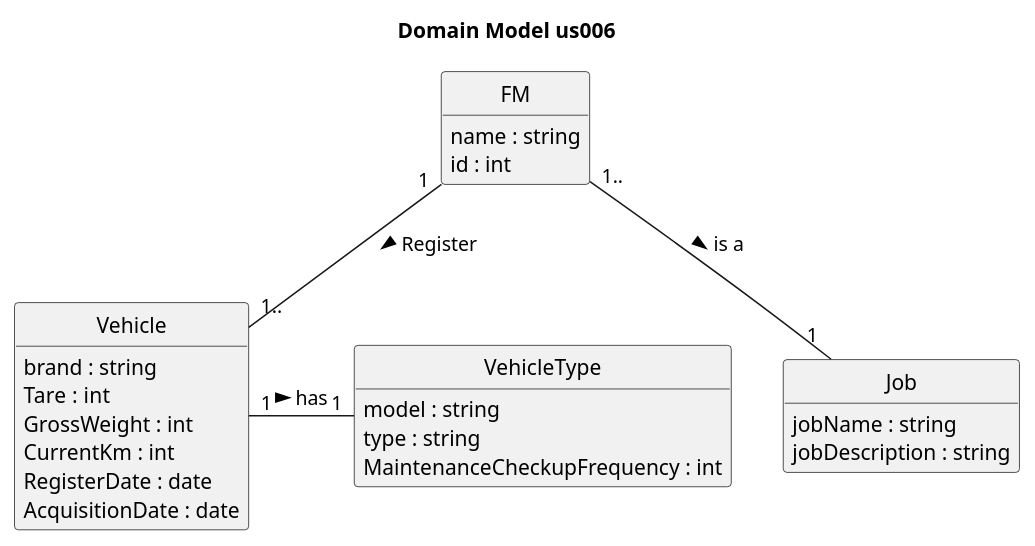
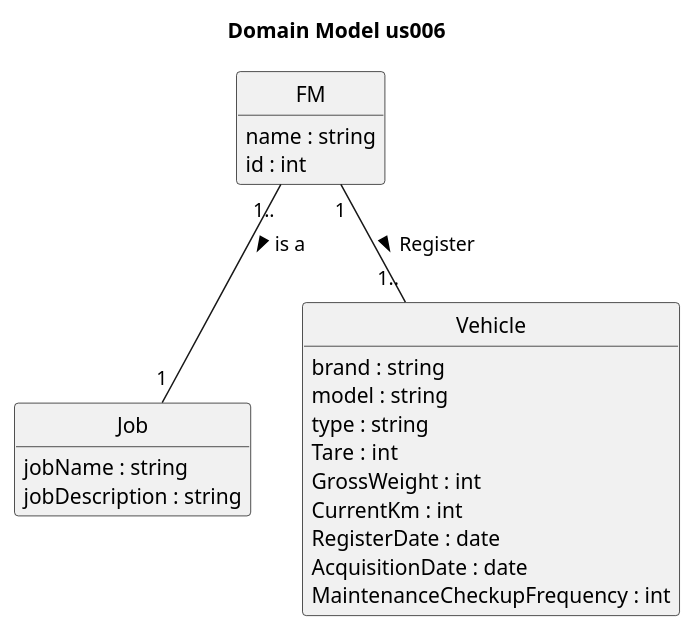
The diagram in docs/sprintA/us006_rui/02.analysis/puml/project-domain-model.puml (Departamento-de-Engenharia-Informatica/lei-24-s2-1dm-g132), drawn with PlantUML before and after one commit.

Commit message:
Small Changes in the us006 domain model

```diff
--- a/docs/sprintA/us006_rui/02.analysis/puml/project-domain-model.puml
+++ b/docs/sprintA/us006_rui/02.analysis/puml/project-domain-model.puml
@@ -1,48 +1,46 @@
 @startuml
 skinparam monochrome true
 skinparam packageStyle rectangle
 skinparam shadowing false
 'skinparam linetype ortho
 'left to right direction
 skinparam classAttributeIconSize 0
 hide circle
 hide methods
 
 title Domain Model us006
 
 class FM {
     name : string
     id : int
 }
 
 class Job {
     jobName : string
     jobDescription : string
 }
 
 
 
 class Vehicle {
     brand : string
+    model : string
+    type : string
     Tare : int
     GrossWeight : int
     CurrentKm : int
     RegisterDate : date
     AcquisitionDate : date
-}
-
-class VehicleType {
-     model : string
-     type : string
-     MaintenanceCheckupFrequency : int
-
+    MaintenanceCheckupFrequency : int
 }
 
 
-Vehicle "1" - "1" VehicleType: has >
+
+
+
 FM "1.." -- "1" Job : is a >
 FM "1" -- "1.." Vehicle : Register >
 
 
 
 @enduml
```
